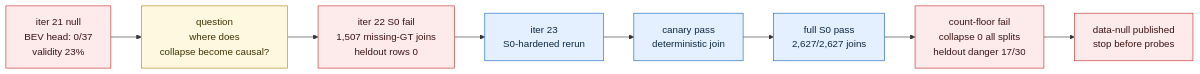
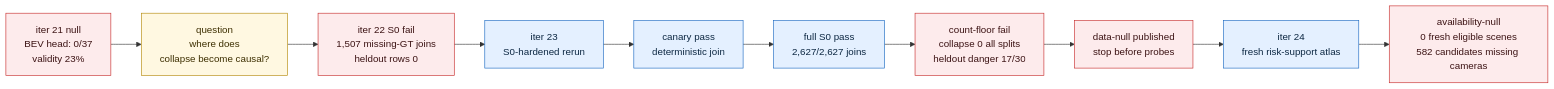
The third of 5 diagrams in README.md (manfromnowhere143/sentinel), drawn with Mermaid before and after one commit. The commit also changed other lines of this file and 10 other files, not shown here.

Commit message:
analysis: publish iter24 availability null

````diff
--- a/README.md
+++ b/README.md
@@ -125,16 +125,18 @@
 ```mermaid
 flowchart LR
   H21["iter 21 null<br/>BEV head: 0/37<br/>validity 23%"] --> Q["question<br/>where does<br/>collapse become causal?"]
   Q --> F22["iter 22 S0 fail<br/>1,507 missing-GT joins<br/>heldout rows 0"]
   F22 --> I23["iter 23<br/>S0-hardened rerun"]
   I23 --> C23["canary pass<br/>deterministic join"]
   C23 --> S23["full S0 pass<br/>2,627/2,627 joins"]
   S23 --> L23["count-floor fail<br/>collapse 0 all splits<br/>heldout danger 17/30"]
   L23 --> N23["data-null published<br/>stop before probes"]
+  N23 --> A24["iter 24<br/>fresh risk-support atlas"]
+  A24 --> Z24["availability-null<br/>0 fresh eligible scenes<br/>582 candidates missing cameras"]
   classDef bad fill:#fdebec,stroke:#c62828,color:#3b1213;
   classDef ask fill:#fff8e1,stroke:#b28704,color:#3d2f00;
   classDef active fill:#e4f0ff,stroke:#1565c0,color:#0c2742;
-  class H21,F22,L23,N23 bad;
+  class H21,F22,L23,N23,Z24 bad;
   class Q ask;
-  class I23,C23,S23 active;
+  class I23,C23,S23,A24 active;
 ```
````
